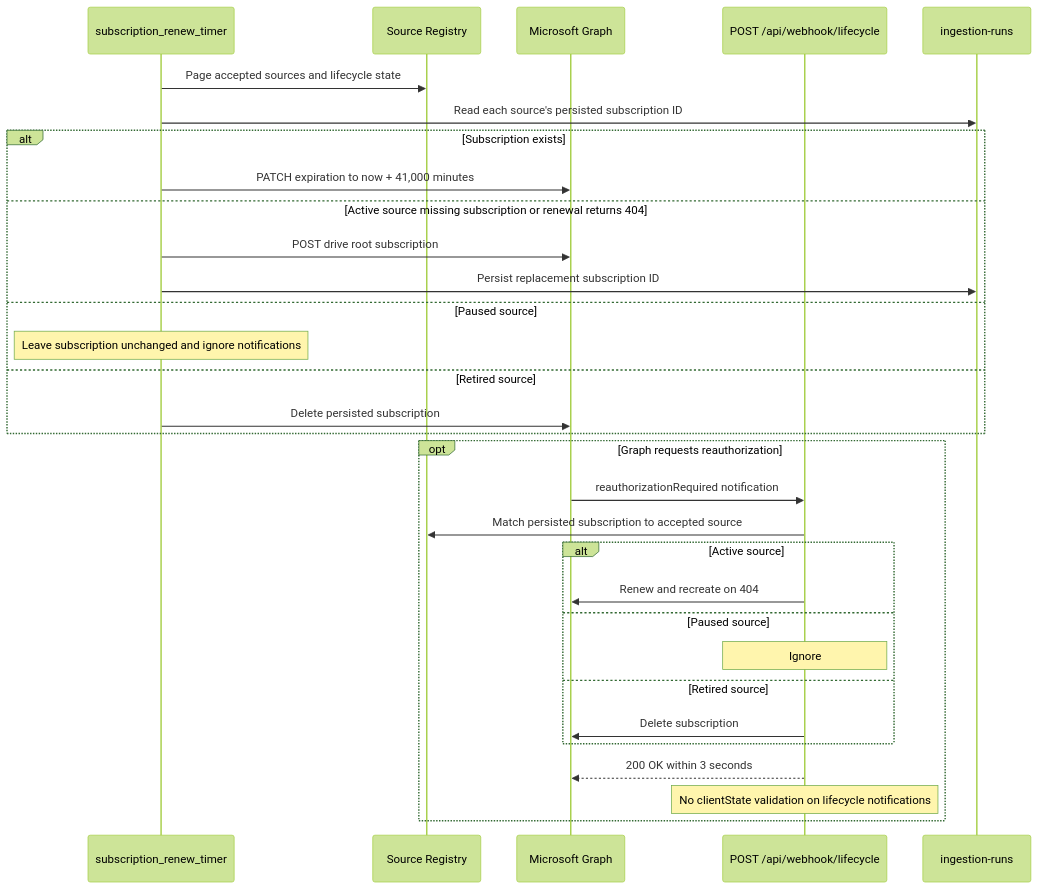
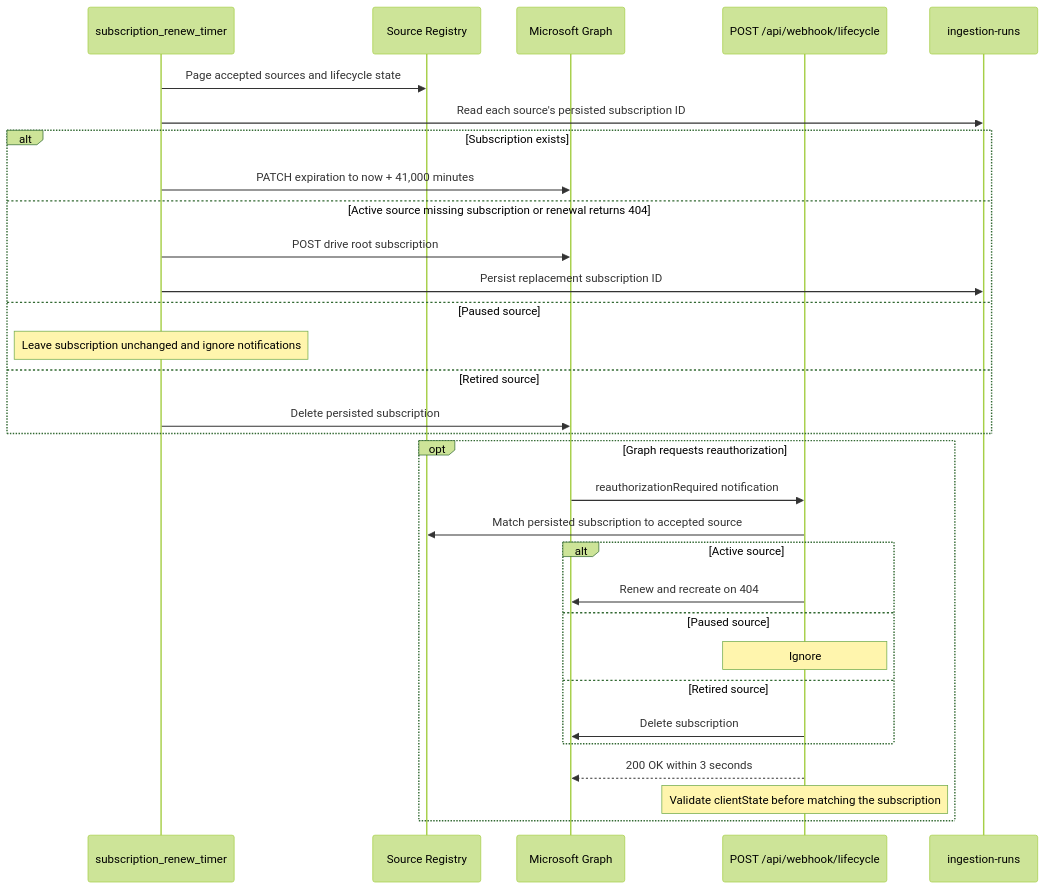
The eighth of 14 diagrams in docs/ARCHITECTURE.md (HariVamsiChittari1/enterprise-rag-pipeline), drawn with Mermaid (forest theme) before and after one commit. The commit also changed other lines of this file and 89 other files, not shown here.

````diff
--- a/docs/ARCHITECTURE.md
+++ b/docs/ARCHITECTURE.md
@@ -429,34 +426,34 @@
 ```mermaid
 sequenceDiagram
     participant Timer as subscription_renew_timer
     participant Registry as Source Registry
     participant Graph as Microsoft Graph
     participant Hook as POST /api/webhook/lifecycle
     participant Cosmos as ingestion-runs
 
     Timer->>Registry: Page accepted sources and lifecycle state
     Timer->>Cosmos: Read each source's persisted subscription ID
     alt Subscription exists
         Timer->>Graph: PATCH expiration to now + 41,000 minutes
     else Active source missing subscription or renewal returns 404
         Timer->>Graph: POST drive root subscription
         Timer->>Cosmos: Persist replacement subscription ID
     else Paused source
         Note over Timer: Leave subscription unchanged and ignore notifications
     else Retired source
         Timer->>Graph: Delete persisted subscription
     end
     opt Graph requests reauthorization
         Graph->>Hook: reauthorizationRequired notification
         Hook->>Registry: Match persisted subscription to accepted source
         alt Active source
             Hook->>Graph: Renew and recreate on 404
         else Paused source
             Note over Hook: Ignore
         else Retired source
             Hook->>Graph: Delete subscription
         end
         Hook-->>Graph: 200 OK within 3 seconds
-        Note over Hook: No clientState validation on lifecycle notifications
+        Note over Hook: Validate clientState before matching the subscription
     end
 ```
````
